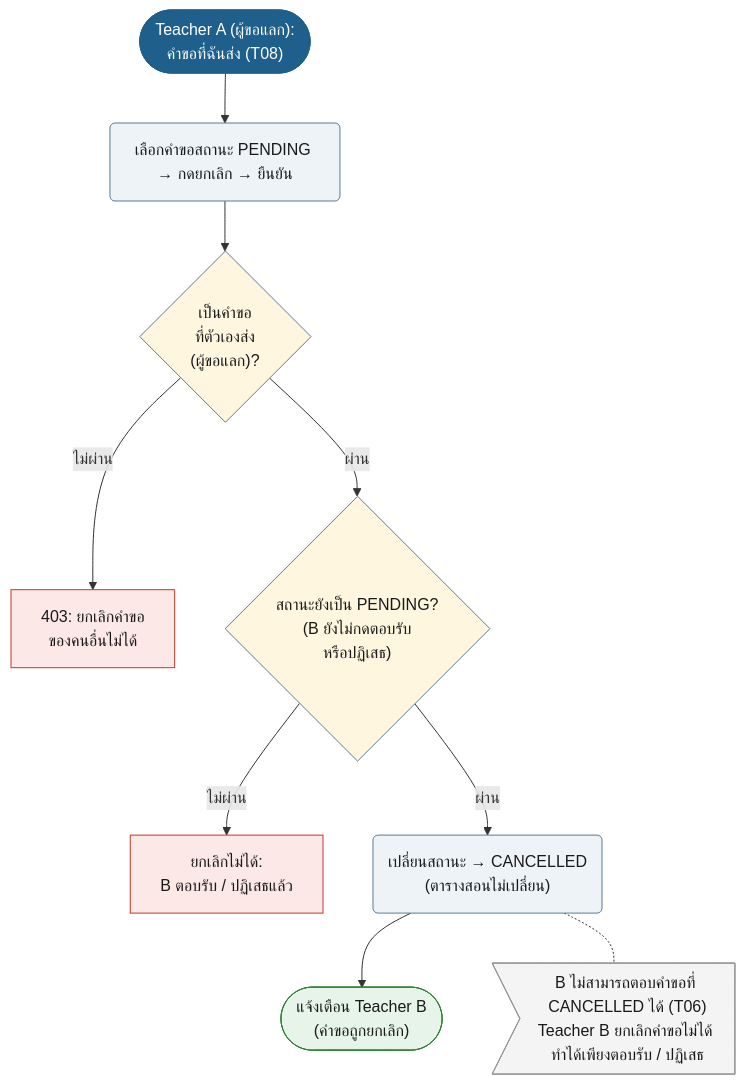
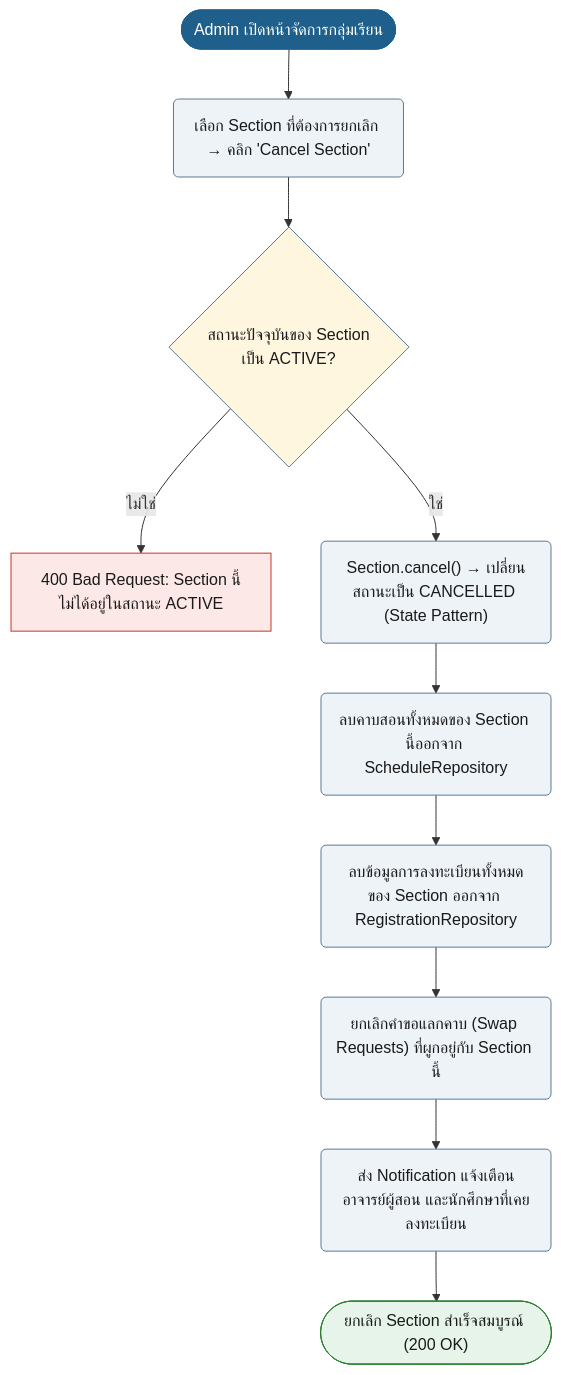
Before and after one commit to synthesixer/AcadOS: diagram 18 of 19 in doc/diagram/Userflow_diagram.md, drawn with Mermaid. The commit also changed other lines of this file and 8 other files, not shown here.

````diff
--- a/doc/diagram/Userflow_diagram.md
+++ b/doc/diagram/Userflow_diagram.md
@@ -659,26 +718,28 @@
 ```mermaid
 flowchart TD
-    n1(["Teacher A (ผู้ขอแลก):<br/>คำขอที่ฉันส่ง (T08)"]):::start
-    n2("เลือกคำขอสถานะ PENDING → กดยกเลิก → ยืนยัน"):::act
+    n1(["Admin เปิดหน้าจัดการกลุ่มเรียน"]):::start
+    n2("เลือก Section ที่ต้องการยกเลิก → คลิก 'Cancel Section'"):::act
     n1 --> n2
-    n3{"เป็นคำขอ<br/>ที่ตัวเองส่ง<br/>(ผู้ขอแลก)?"}:::dec
+    n3{"สถานะปัจจุบันของ Section<br/>เป็น ACTIVE?"}:::dec
     n2 --> n3
-    n4["403: ยกเลิกคำขอ<br/>ของคนอื่นไม่ได้"]:::bad
-    n3 -->|ไม่ผ่าน| n4
-    n5{"สถานะยังเป็น PENDING?<br/>(B ยังไม่กดตอบรับ<br/>หรือปฏิเสธ)"}:::dec
-    n3 -->|ผ่าน| n5
-    n6["ยกเลิกไม่ได้:<br/>B ตอบรับ / ปฏิเสธแล้ว"]:::bad
-    n5 -->|ไม่ผ่าน| n6
-    n7("เปลี่ยนสถานะ → CANCELLED<br/>(ตารางสอนไม่เปลี่ยน)"):::act
-    n5 -->|ผ่าน| n7
-    n8(["แจ้งเตือน Teacher B<br/>(คำขอถูกยกเลิก)"]):::ok
-    n7 --> n8
-    n9>"B ไม่สามารถตอบคำขอที่ CANCELLED ได้ (T06)<br/>Teacher B ยกเลิกคำขอไม่ได้ ทำได้เพียงตอบรับ / ปฏิเสธ"]:::note
-    n7 -.- n9
+    n4["400 Bad Request: Section นี้ไม่ได้อยู่ในสถานะ ACTIVE"]:::bad
+    n3 -->|ไม่ใช่| n4
+    s_state("Section.cancel() → เปลี่ยนสถานะเป็น CANCELLED (State Pattern)"):::act
+    n3 -->|ใช่| s_state
+    s_sched("ลบคาบสอนทั้งหมดของ Section นี้ออกจาก ScheduleRepository"):::act
+    s_state --> s_sched
+    s_reg("ลบข้อมูลการลงทะเบียนทั้งหมดของ Section ออกจาก RegistrationRepository"):::act
+    s_sched --> s_reg
+    s_swap("ยกเลิกคำขอแลกคาบ (Swap Requests) ที่ผูกอยู่กับ Section นี้"):::act
+    s_reg --> s_swap
+    s_notif("ส่ง Notification แจ้งเตือนอาจารย์ผู้สอน และนักศึกษาที่เคยลงทะเบียน"):::act
+    s_swap --> s_notif
+    s_done(["ยกเลิก Section สำเร็จสมบูรณ์ (200 OK)"]):::ok
+    s_notif --> s_done
+
     classDef start fill:#1F5F8B,stroke:#1F5F8B,color:#fff
     classDef act fill:#EEF3F8,stroke:#5B7A94,color:#1a1a1a
     classDef dec fill:#FFF6E0,stroke:#5B7A94,color:#1a1a1a
     classDef bad fill:#FCE8E6,stroke:#C0392B,color:#1a1a1a
     classDef ok fill:#E6F4EA,stroke:#2E7D32,color:#1a1a1a
-    classDef note fill:#F4F4F4,stroke:#999,color:#1a1a1a
 ```
````
